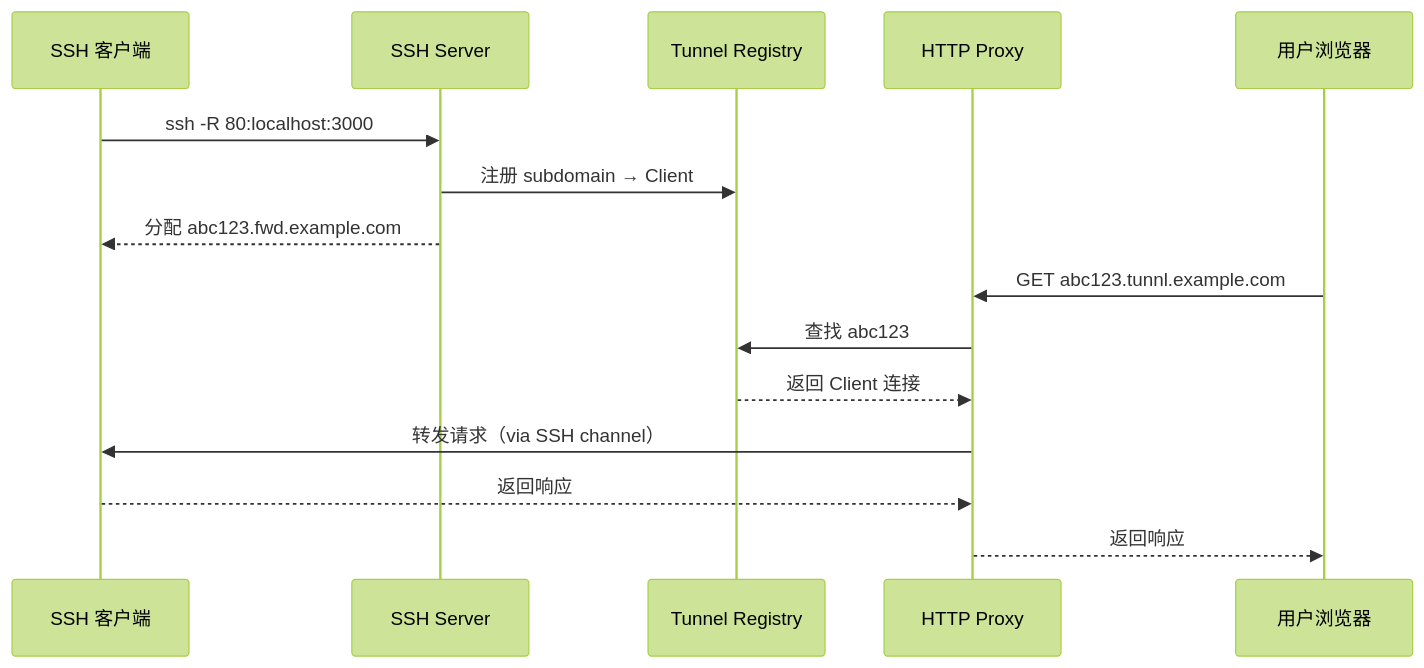
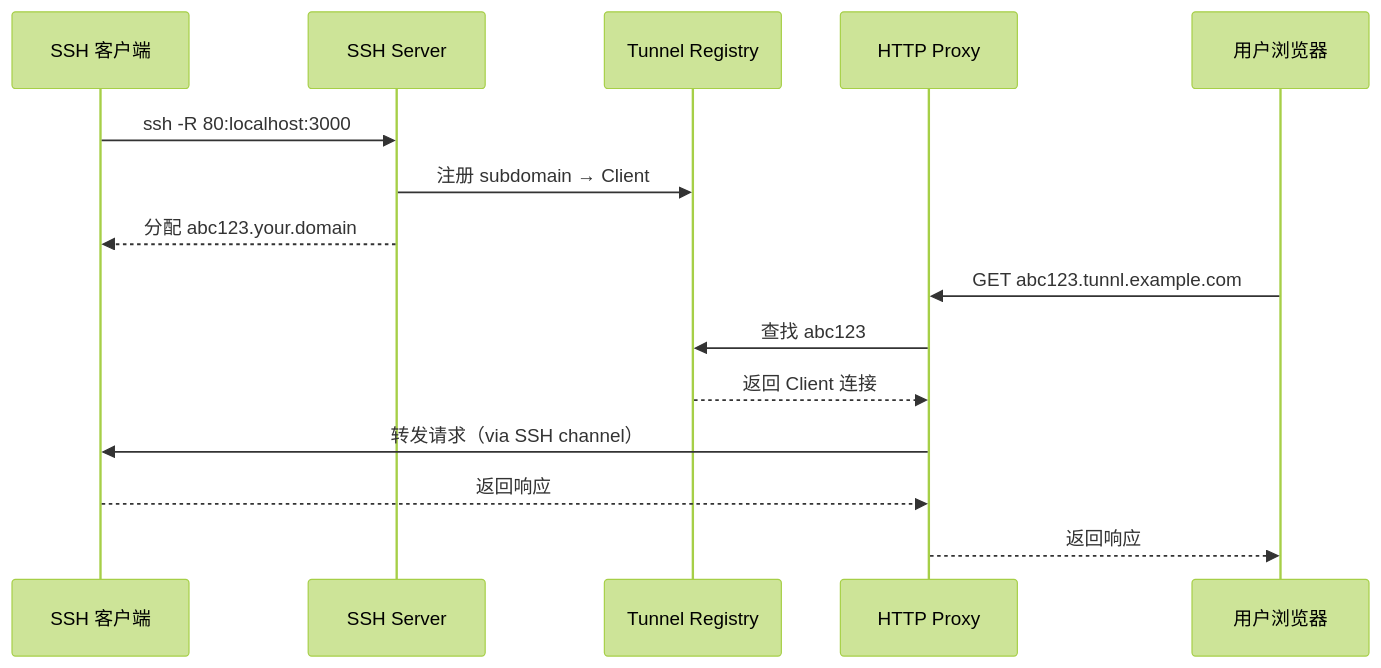
One commit to ZingerLittleBee/EXLO changed the second of 3 diagrams in apps/docs/content/docs/architecture.mdx. Above: the diagram before and after it, drawn with Mermaid (forest theme). The commit also changed other lines of this file and 8 other files, not shown here.

````diff
--- a/apps/docs/content/docs/architecture.mdx
+++ b/apps/docs/content/docs/architecture.mdx
@@ -62,19 +62,19 @@
 ```mermaid
 sequenceDiagram
     participant Client as SSH 客户端
     participant SSH as SSH Server
     participant Registry as Tunnel Registry
     participant Proxy as HTTP Proxy
     participant User as 用户浏览器
 
     Client->>SSH: ssh -R 80:localhost:3000
     SSH->>Registry: 注册 subdomain → Client
-    SSH-->>Client: 分配 abc123.fwd.example.com
+    SSH-->>Client: 分配 abc123.your.domain
 
     User->>Proxy: GET abc123.tunnl.example.com
     Proxy->>Registry: 查找 abc123
     Registry-->>Proxy: 返回 Client 连接
     Proxy->>Client: 转发请求（via SSH channel）
     Client-->>Proxy: 返回响应
     Proxy-->>User: 返回响应
 ```
````
